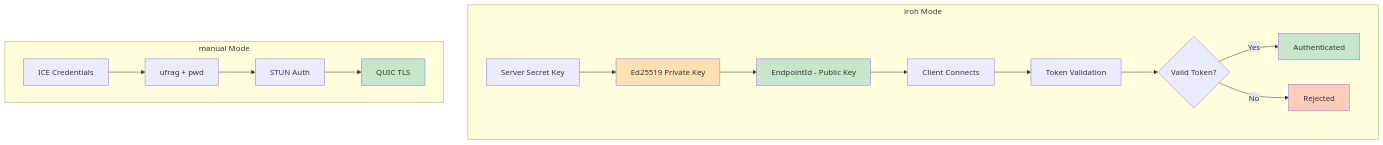
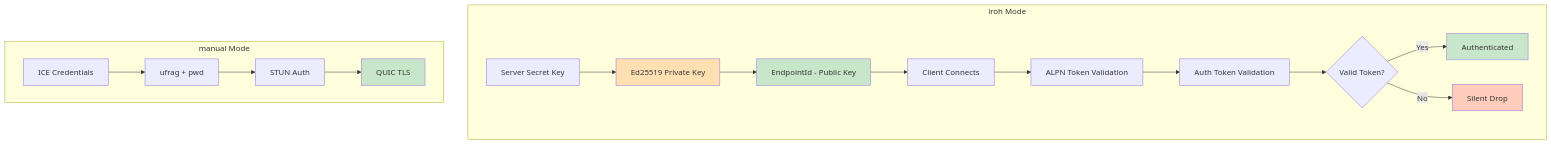
One commit to andrewtheguy/tunnel-rs changed diagram 14 of 23 in docs/ARCHITECTURE.md. Above: the diagram before and after it, drawn with Mermaid. The commit also changed other lines of this file and 4 other files, not shown here.

Commit message:
feat: add ALPN token support for server and client authentication in README, Docker, Kubernetes, and self-hosting documentation

````diff
--- a/docs/ARCHITECTURE.md
+++ b/docs/ARCHITECTURE.md
@@ -573,24 +576,25 @@
 ```mermaid
 graph TB
     subgraph "iroh Mode"
         A[Server Secret Key] --> B[Ed25519 Private Key]
         B --> C[EndpointId - Public Key]
         C --> D[Client Connects]
-        D --> E[Token Validation]
+        D --> D2[ALPN Token Validation]
+        D2 --> E[Auth Token Validation]
         E --> F{Valid Token?}
         F -->|Yes| G[Authenticated]
-        F -->|No| H[Rejected]
+        F -->|No| H[Silent Drop]
     end
 
     subgraph "manual Mode"
         I[ICE Credentials] --> J[ufrag + pwd]
         J --> K[STUN Auth]
         K --> L[QUIC TLS]
     end
 
     style B fill:#FFE0B2
     style C fill:#C8E6C9
     style G fill:#C8E6C9
     style H fill:#FFCCBC
     style L fill:#C8E6C9
 ```
````
